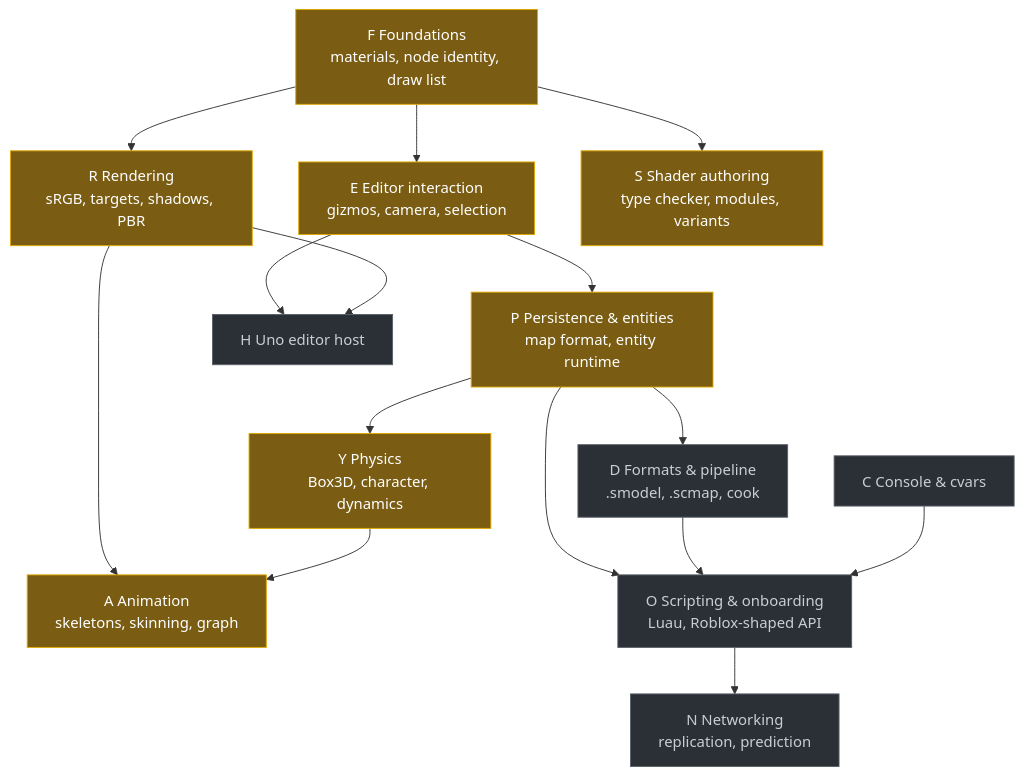
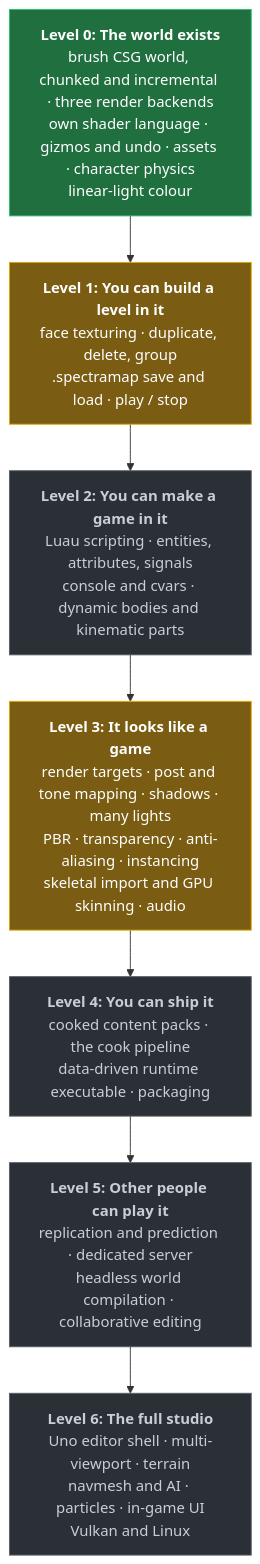
One commit to Davide244/Spectra changed the first of 2 diagrams in README.md. Above: the diagram before and after it, drawn with Mermaid. The commit also changed other lines of this file and 2 other files, not shown here.

First line of the commit message:
Roadmap: a linear spine, reaching further out

````diff
--- a/README.md
+++ b/README.md
@@ -48,36 +53,20 @@
 ```mermaid
 flowchart TD
-    F["F Foundations<br/>materials, node identity, draw list"]
-    E["E Editor interaction<br/>gizmos, camera, selection"]
-    P["P Persistence &amp; entities<br/>map format, entity runtime"]
-    R["R Rendering<br/>sRGB, targets, shadows, PBR"]
-    S["S Shader authoring<br/>type checker, modules, variants"]
-    Y["Y Physics<br/>Box3D, character, dynamics"]
-    A["A Animation<br/>skeletons, skinning, graph"]
-    D["D Formats &amp; pipeline<br/>.smodel, .scmap, cook"]
-    O["O Scripting &amp; onboarding<br/>Luau, Roblox-shaped API"]
-    C["C Console &amp; cvars"]
-    N["N Networking<br/>replication, prediction"]
-    H["H Uno editor host"]
+    L0["<b>Level 0: The world exists</b><br/>brush CSG world, chunked and incremental · three render backends<br/>own shader language · gizmos and undo · assets · character physics<br/>linear-light colour"]
+    L1["<b>Level 1: You can build a level in it</b><br/>face texturing · duplicate, delete, group<br/>.spectramap save and load · play / stop"]
+    L2["<b>Level 2: You can make a game in it</b><br/>Luau scripting · entities, attributes, signals<br/>console and cvars · dynamic bodies and kinematic parts"]
+    L3["<b>Level 3: It looks like a game</b><br/>render targets · post and tone mapping · shadows · many lights<br/>PBR · transparency · anti-aliasing · instancing<br/>skeletal import and GPU skinning · audio"]
+    L4["<b>Level 4: You can ship it</b><br/>cooked content packs · the cook pipeline<br/>data-driven runtime executable · packaging"]
+    L5["<b>Level 5: Other people can play it</b><br/>replication and prediction · dedicated server<br/>headless world compilation · collaborative editing"]
+    L6["<b>Level 6: The full studio</b><br/>Uno editor shell · multi-viewport · terrain<br/>navmesh and AI · particles · in-game UI<br/>Vulkan and Linux"]
 
-    F --> E
-    F --> R
-    F --> S
-    E --> P
-    E --> H
-    R --> A
-    R --> H
-    P --> D
-    P --> O
-    P --> Y
-    Y --> A
-    D --> O
-    O --> N
-    C --> O
+    L0 --> L1 --> L2 --> L3 --> L4 --> L5 --> L6
 
-    classDef partial fill:#7a5c12,stroke:#e0a800,color:#fff
-    classDef planned fill:#2b2f36,stroke:#5a6068,color:#c9ced6
+    classDef done fill:#1f6f3f,stroke:#2fbf6f,color:#fff
+    classDef doing fill:#7a5c12,stroke:#e0a800,color:#fff
+    classDef todo fill:#2b2f36,stroke:#5a6068,color:#c9ced6
 
-    class F,E,P,R,S,Y,A partial
-    class D,O,C,N,H planned
+    class L0 done
+    class L1,L3 doing
+    class L2,L4,L5,L6 todo
 ```
````
